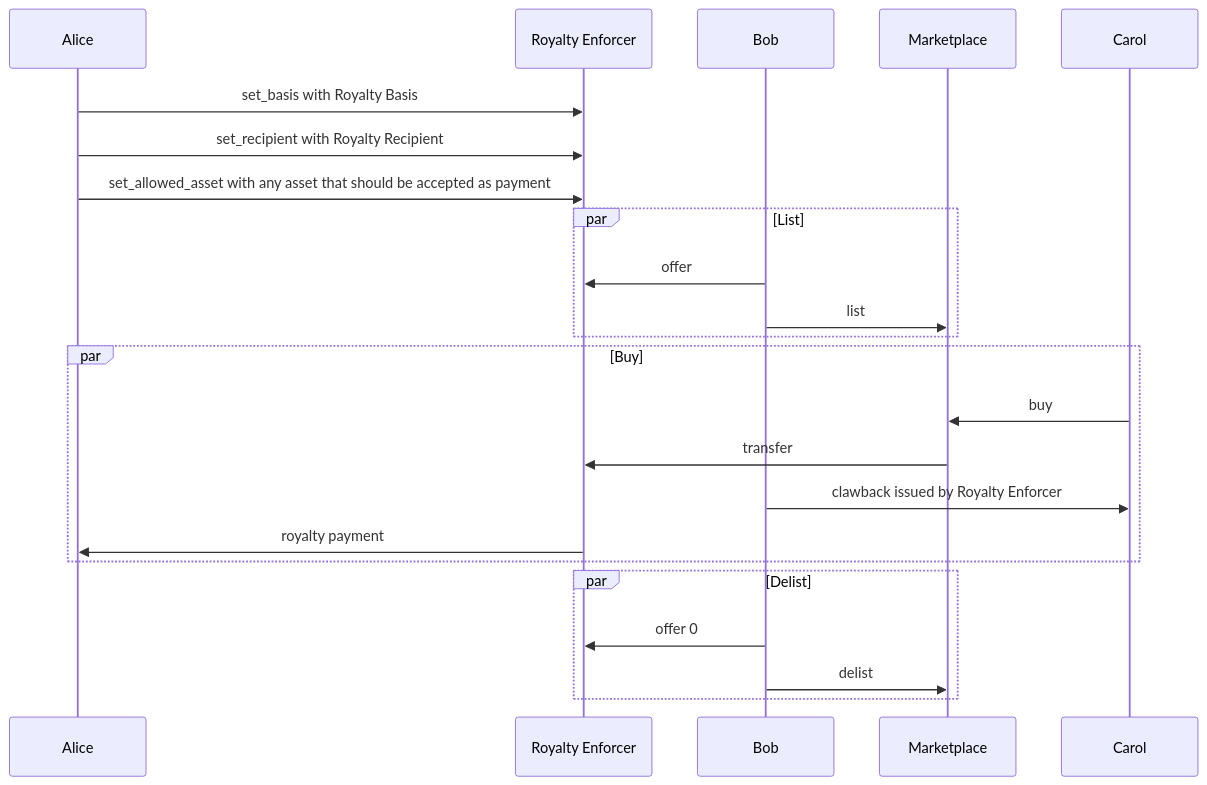
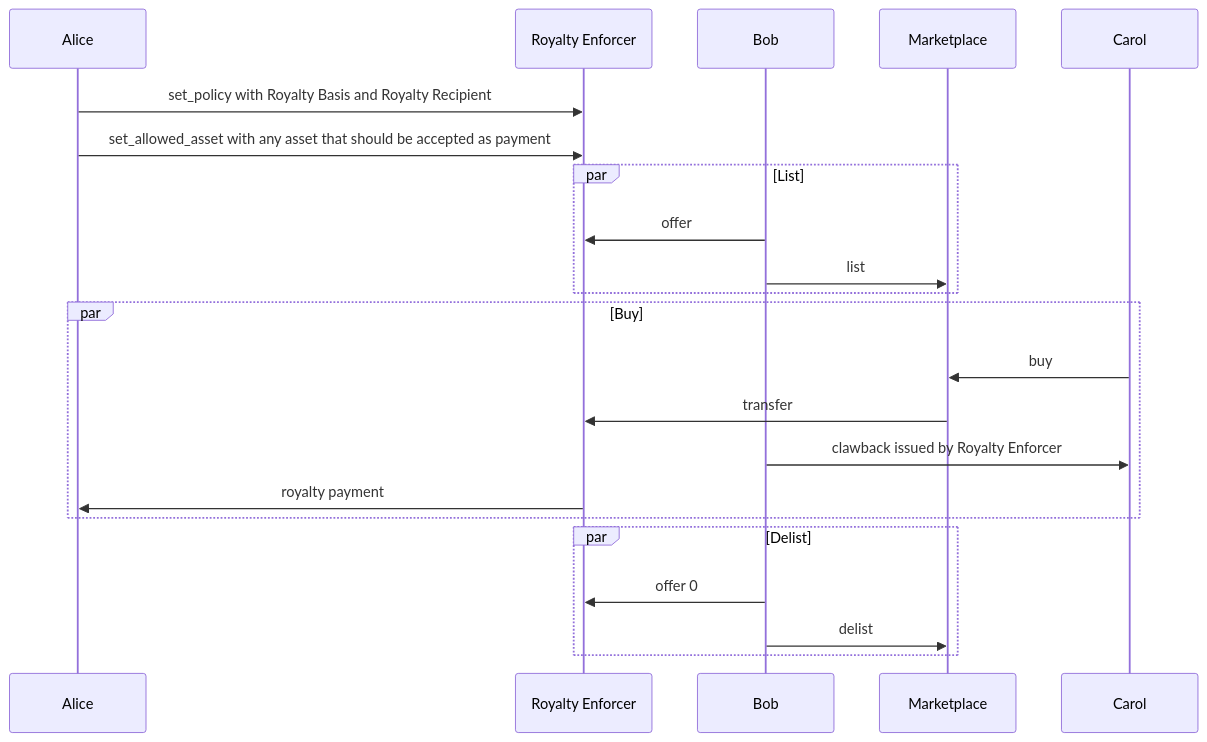
Before and after one commit to algorandfoundation/ARCs: the diagram in ARCs/arc-0018.md, drawn with Mermaid. The commit also changed other lines of this file, not shown here.

Commit message:
single set policy method

````diff
--- a/ARCs/arc-0018.md
+++ b/ARCs/arc-0018.md
@@ -504,23 +493,22 @@
 ```mermaid
 sequenceDiagram
-    Alice->>Royalty Enforcer: set_basis with Royalty Basis 
-    Alice->>Royalty Enforcer: set_recipient with Royalty Recipient
+    Alice->>Royalty Enforcer: set_policy with Royalty Basis and Royalty Recipient
     Alice->>Royalty Enforcer: set_allowed_asset with any asset that should be accepted as payment 
 
     par List
         Bob->>Royalty Enforcer: offer
         Bob->>Marketplace: list
     end
 
     Par Buy
         Carol->>Marketplace: buy
         Marketplace->>Royalty Enforcer: transfer
         Bob->>Carol: clawback issued by Royalty Enforcer
         Royalty Enforcer->>Alice: royalty payment
     end
 
     par Delist
         Bob->>Royalty Enforcer: offer 0 
         Bob->>Marketplace: delist
     end
 ```
````
